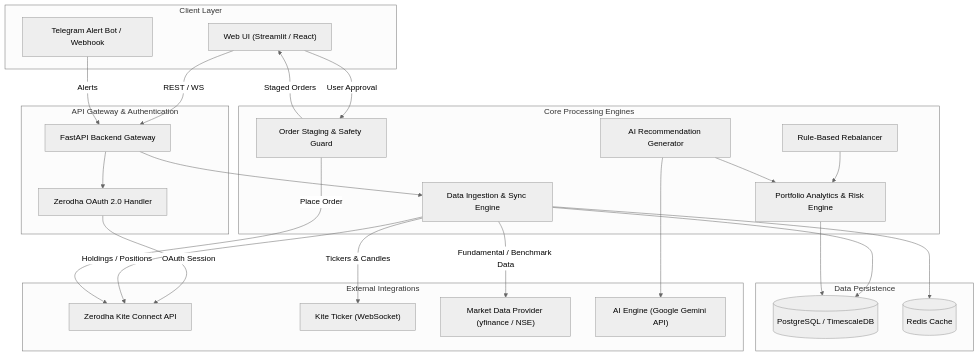
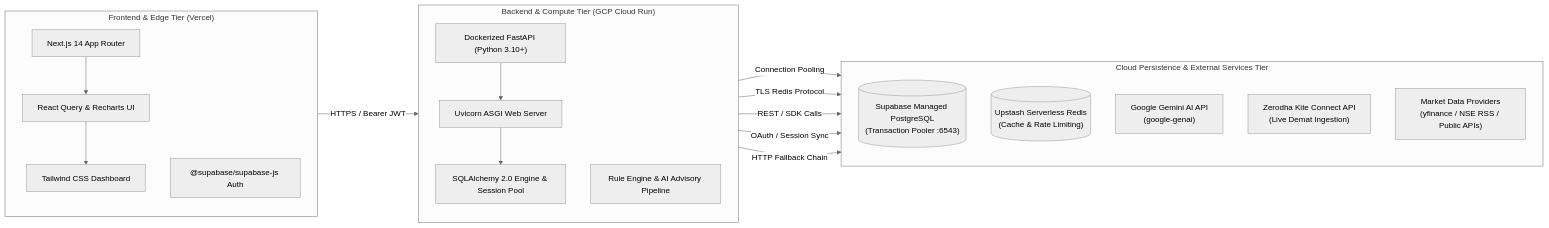
The first of 4 diagrams in docs/architecture/HLD.md (benoirajan/portfolio-assistant), drawn with Mermaid (neutral theme) before and after one commit. The commit also changed other lines of this file and 10 other files, not shown here.

````diff
--- a/docs/architecture/HLD.md
+++ b/docs/architecture/HLD.md
@@ -22,54 +27,36 @@
 ```mermaid
-graph TD
-    subgraph Client Layer
-        UI["Web UI (Streamlit / React)"]
-        BOT["Telegram Alert Bot / Webhook"]
+flowchart LR
+    subgraph FRONTEND["Frontend & Edge Tier (Vercel)"]
+        direction TB
+        V1["Next.js 14 App Router"]
+        V2["React Query & Recharts UI"]
+        V3["Tailwind CSS Dashboard"]
+        V4["@supabase/supabase-js Auth"]
+        V1 --> V2 --> V3
     end
 
-    subgraph API Gateway & Authentication
-        GATEWAY["FastAPI Backend Gateway"]
-        AUTH["Zerodha OAuth 2.0 Handler"]
+    subgraph BACKEND["Backend & Compute Tier (GCP Cloud Run)"]
+        direction TB
+        C1["Dockerized FastAPI (Python 3.10+)"]
+        C2["Uvicorn ASGI Web Server"]
+        C3["SQLAlchemy 2.0 Engine & Session Pool"]
+        C4["Rule Engine & AI Advisory Pipeline"]
+        C1 --> C2 --> C3
     end
 
-    subgraph External Integrations
-        KITE["Zerodha Kite Connect API"]
-        KITE_WS["Kite Ticker (WebSocket)"]
-        YFIN["Market Data Provider (yfinance / NSE)"]
-        LLM["AI Engine (Google Gemini API)"]
+    subgraph DATA_SERVICES["Cloud Persistence & External Services Tier"]
+        direction TB
+        D1[("Supabase Managed PostgreSQL\n(Transaction Pooler :6543)")]
+        D2[("Upstash Serverless Redis\n(Cache & Rate Limiting)")]
+        D3["Google Gemini AI API\n(google-genai)"]
+        D4["Zerodha Kite Connect API\n(Live Demat Ingestion)"]
+        D5["Market Data Providers\n(yfinance / NSE RSS / Public APIs)"]
     end
 
-    subgraph Core Processing Engines
-        INGEST["Data Ingestion & Sync Engine"]
-        ANALYTICS["Portfolio Analytics & Risk Engine"]
-        REBALANCER["Rule-Based Rebalancer"]
-        ADVISOR["AI Recommendation Generator"]
-        ORDER_MGR["Order Staging & Safety Guard"]
-    end
-
-    subgraph Data Persistence
-        DB[("PostgreSQL / TimescaleDB")]
-        CACHE[("Redis Cache")]
-    end
-
-    UI -->|REST / WS| GATEWAY
-    BOT -->|Alerts| GATEWAY
-    GATEWAY --> AUTH
-    AUTH -->|OAuth Session| KITE
-    
-    GATEWAY --> INGEST
-    INGEST -->|Holdings / Positions| KITE
-    INGEST -->|Tickers & Candles| KITE_WS
-    INGEST -->|Fundamental / Benchmark Data| YFIN
-    
-    INGEST --> DB
-    INGEST --> CACHE
-    
-    ANALYTICS --> DB
-    REBALANCER --> ANALYTICS
-    ADVISOR --> ANALYTICS
-    ADVISOR --> LLM
-    
-    ORDER_MGR -->|Staged Orders| UI
-    UI -->|User Approval| ORDER_MGR
-    ORDER_MGR -->|Place Order| KITE
+    FRONTEND -- HTTPS / Bearer JWT --> BACKEND
+    BACKEND -- Connection Pooling --> D1
+    BACKEND -- TLS Redis Protocol --> D2
+    BACKEND -- REST / SDK Calls --> D3
+    BACKEND -- OAuth / Session Sync --> D4
+    BACKEND -- HTTP Fallback Chain --> D5
 ```
````
